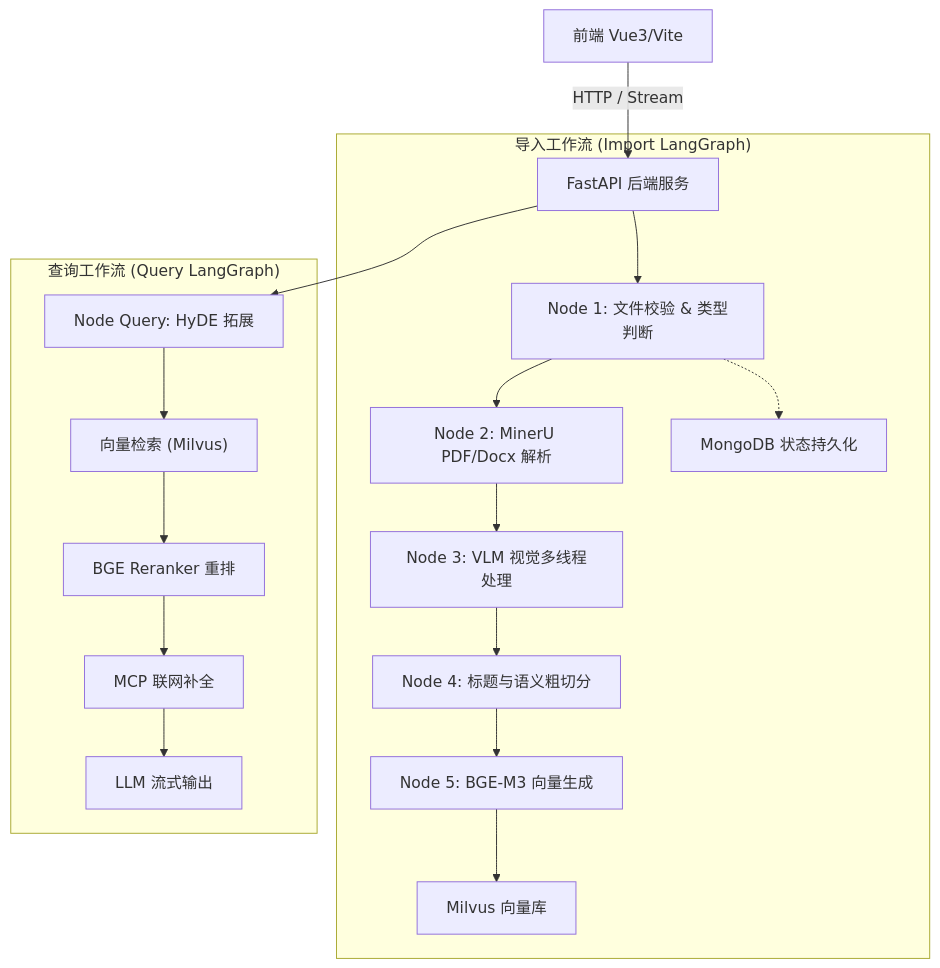
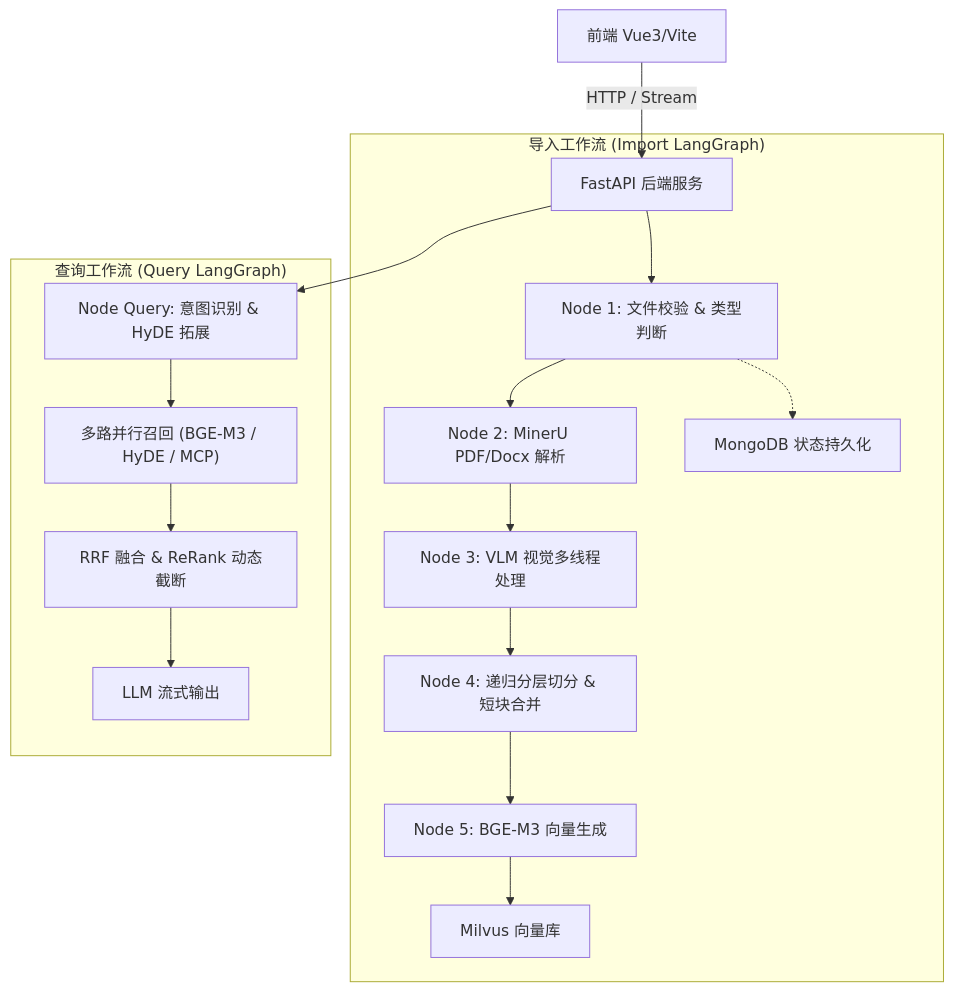
Before and after one commit to dof141/rag_agent: the diagram in README.md, drawn with Mermaid. The commit also changed other lines of this file and 1 other file, not shown here.

````diff
--- a/README.md
+++ b/README.md
@@ -30,22 +59,21 @@
 ```mermaid
 graph TD
     User["前端 Vue3/Vite"] -->|HTTP / Stream| API["FastAPI 后端服务"]
     
     subgraph ImportFlow ["导入工作流 (Import LangGraph)"]
         API --> NodeEntry["Node 1: 文件校验 & 类型判断"]
         NodeEntry --> NodeMinerU["Node 2: MinerU PDF/Docx 解析"]
         NodeMinerU --> NodeVLM["Node 3: VLM 视觉多线程处理"]
-        NodeVLM --> NodeSplit["Node 4: 标题与语义粗切分"]
+        NodeVLM --> NodeSplit["Node 4: 递归分层切分 & 短块合并"]
         NodeSplit --> NodeEmbedding["Node 5: BGE-M3 向量生成"]
         NodeEmbedding --> Milvus["Milvus 向量库"]
         NodeEntry -.-> SyncMongo["MongoDB 状态持久化"]
     end
 
     subgraph QueryFlow ["查询工作流 (Query LangGraph)"]
-        API --> NodeHyDE["Node Query: HyDE 拓展"]
-        NodeHyDE --> NodeVectorSearch["向量检索 (Milvus)"]
-        NodeVectorSearch --> NodeRerank["BGE Reranker 重排"]
-        NodeRerank --> NodeMCP["MCP 联网补全"]
-        NodeMCP --> NodeLLM["LLM 流式输出"]
+        API --> NodeHyDE["Node Query: 意图识别 & HyDE 拓展"]
+        NodeHyDE --> NodeVectorSearch["多路并行召回 (BGE-M3 / HyDE / MCP)"]
+        NodeVectorSearch --> NodeRerank["RRF 融合 & ReRank 动态截断"]
+        NodeRerank --> NodeLLM["LLM 流式输出"]
     end
 ```
````
